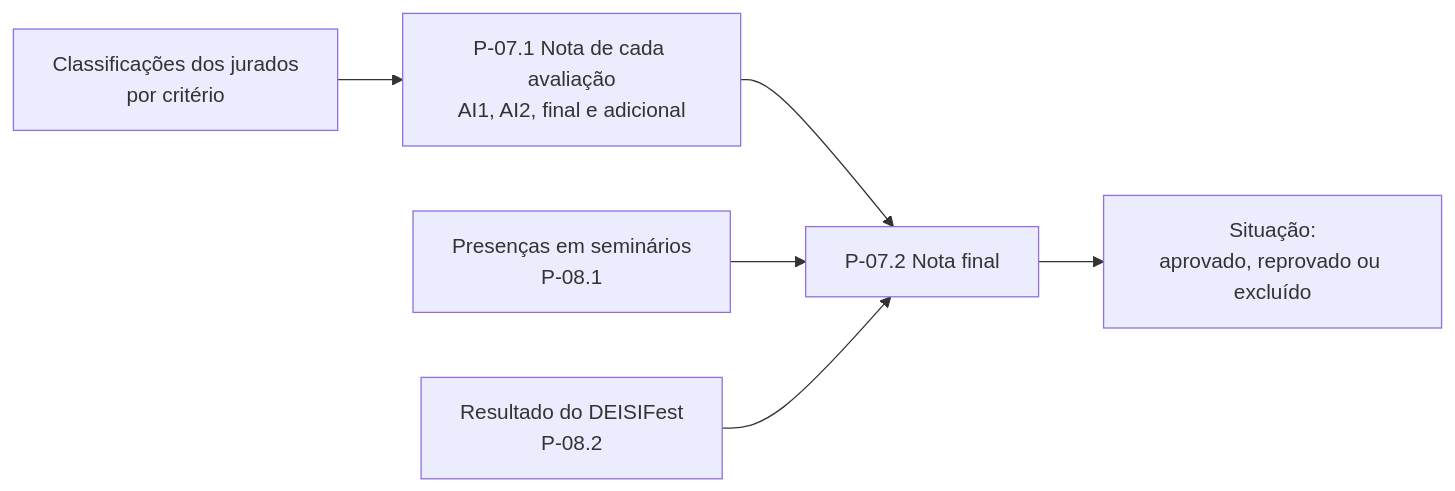
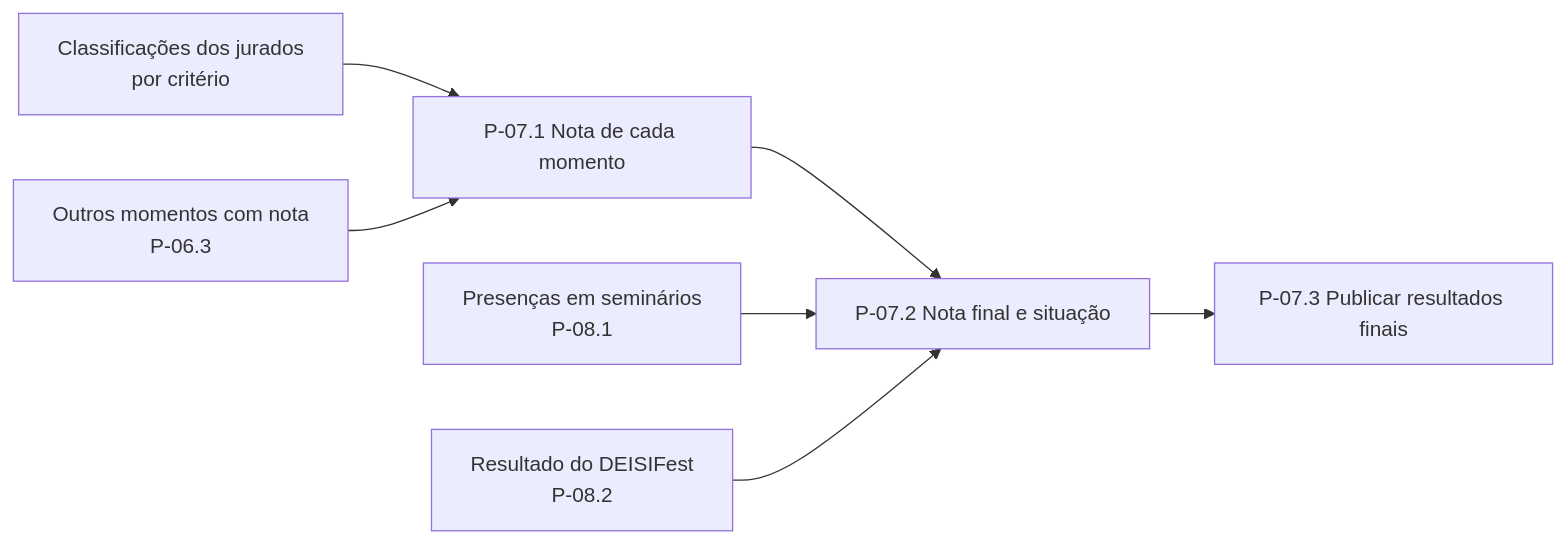
Before and after one commit to ULHT-TFC-new/tfc-avaliacao-reporting: the seventh of 7 diagrams in Processos.md, drawn with Mermaid. The commit also changed other lines of this file, not shown here.

````diff
--- a/Processos.md
+++ b/Processos.md
@@ -522,8 +679,9 @@
 ```mermaid
 flowchart LR
-    A[Classificações dos jurados<br/>por critério] --> B[P-07.1 Nota de cada avaliação<br/>AI1, AI2, final e adicional]
-    B --> C[P-07.2 Nota final]
+    A[Classificações dos jurados<br/>por critério] --> B[P-07.1 Nota de cada momento]
+    O[Outros momentos com nota<br/>P-06.3] --> B
+    B --> C[P-07.2 Nota final e situação]
     D[Presenças em seminários<br/>P-08.1] --> C
     E[Resultado do DEISIFest<br/>P-08.2] --> C
-    C --> F[Situação:<br/>aprovado, reprovado ou excluído]
+    C --> F[P-07.3 Publicar resultados finais]
 ```
````
